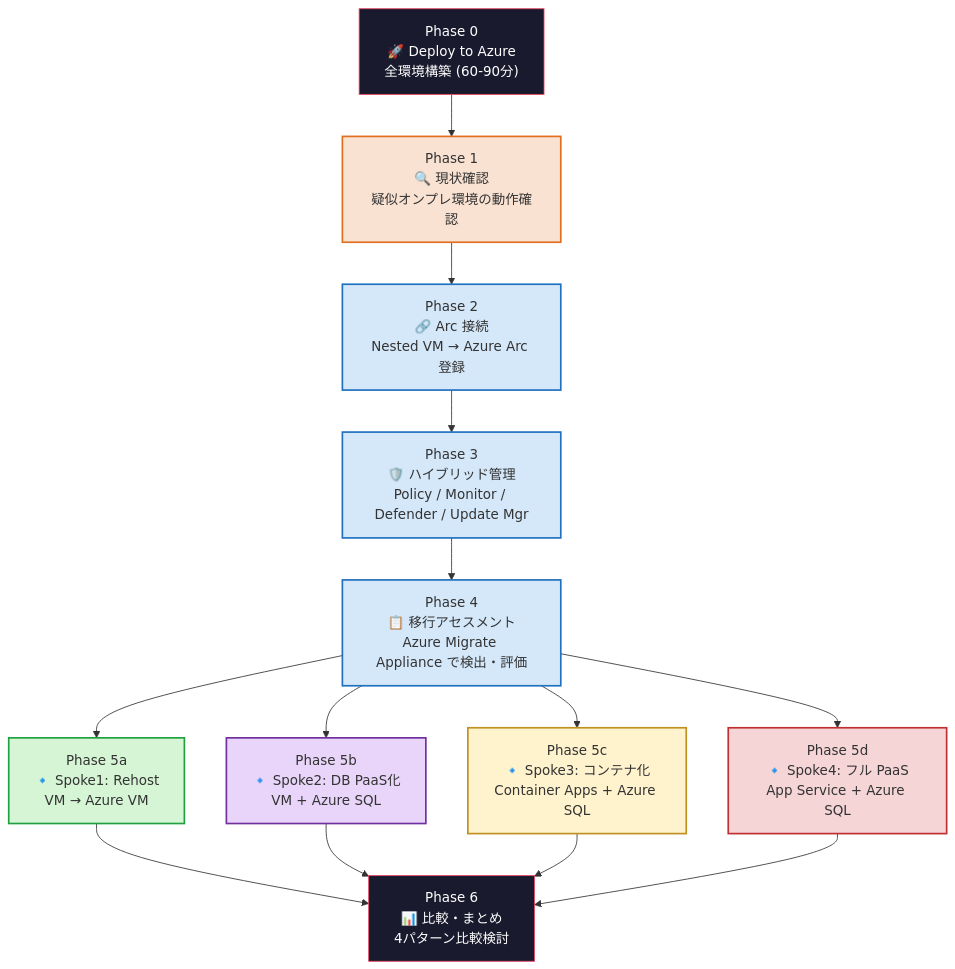
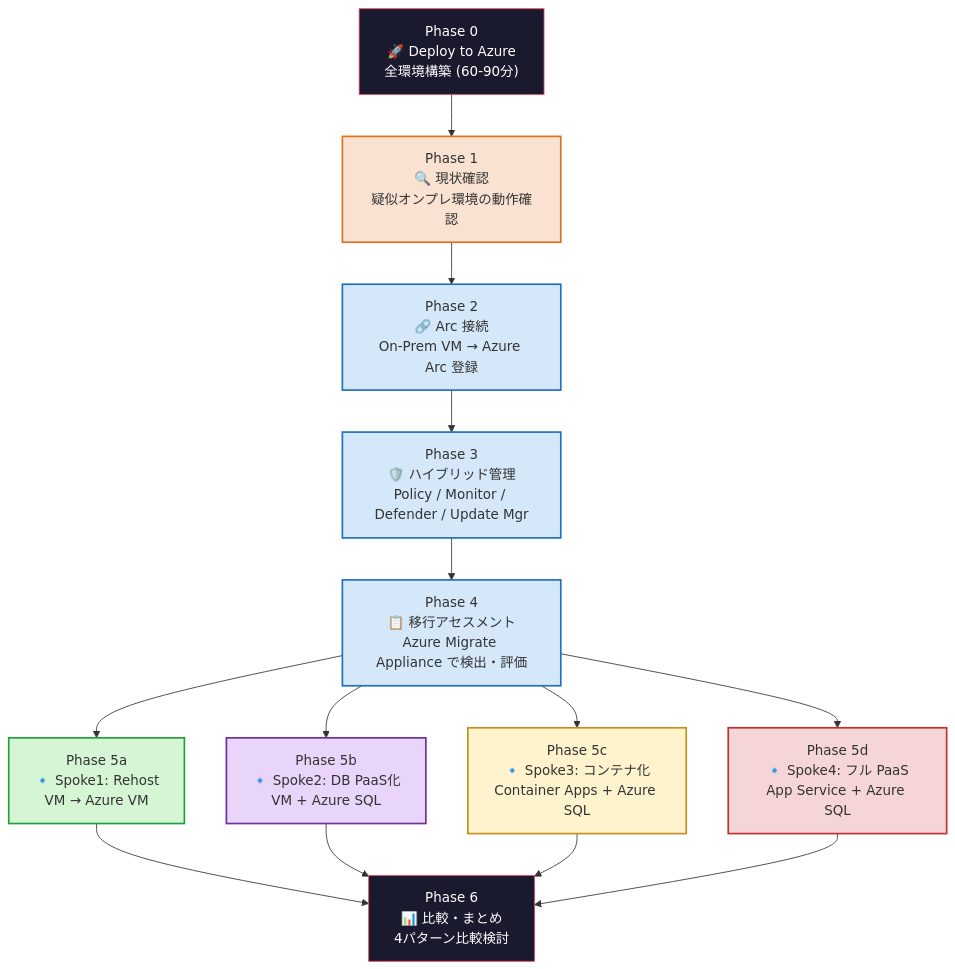
One commit to ylearning86/Azure-Migration-Modernization-PoC-Handson changed the third of 3 diagrams in docs/architecture-diagrams.md. Above: the diagram before and after it, drawn with Mermaid. The commit also changed other lines of this file, not shown here.

First line of the commit message:
Revise on-premises IPs and comments in architecture diagram

````diff
--- a/docs/architecture-diagrams.md
+++ b/docs/architecture-diagrams.md
@@ -160,36 +158,36 @@
 ```mermaid
 flowchart TD
     P0["Phase 0<br/>🚀 Deploy to Azure<br/>全環境構築 (60-90分)"]
     P1["Phase 1<br/>🔍 現状確認<br/>疑似オンプレ環境の動作確認"]
-    P2["Phase 2<br/>🔗 Arc 接続<br/>Nested VM → Azure Arc 登録"]
+    P2["Phase 2<br/>🔗 Arc 接続<br/>On-Prem VM → Azure Arc 登録"]
     P3["Phase 3<br/>🛡️ ハイブリッド管理<br/>Policy / Monitor / Defender / Update Mgr"]
     P4["Phase 4<br/>📋 移行アセスメント<br/>Azure Migrate Appliance で検出・評価"]
 
     P5A["Phase 5a<br/>🔹 Spoke1: Rehost<br/>VM → Azure VM"]
     P5B["Phase 5b<br/>🔹 Spoke2: DB PaaS化<br/>VM + Azure SQL"]
     P5C["Phase 5c<br/>🔹 Spoke3: コンテナ化<br/>Container Apps + Azure SQL"]
     P5D["Phase 5d<br/>🔹 Spoke4: フル PaaS<br/>App Service + Azure SQL"]
 
     P6["Phase 6<br/>📊 比較・まとめ<br/>4パターン比較検討"]
 
     P0 --> P1 --> P2 --> P3 --> P4
     P4 --> P5A
     P4 --> P5B
     P4 --> P5C
     P4 --> P5D
     P5A --> P6
     P5B --> P6
     P5C --> P6
     P5D --> P6
 
     style P0 fill:#1a1a2e,color:#fff,stroke:#e94560
     style P1 fill:#f9e2d2,stroke:#e07020,stroke-width:2px
     style P2 fill:#d5e8f9,stroke:#2070c0,stroke-width:2px
     style P3 fill:#d5e8f9,stroke:#2070c0,stroke-width:2px
     style P4 fill:#d5e8f9,stroke:#2070c0,stroke-width:2px
     style P5A fill:#d5f5d5,stroke:#20a040,stroke-width:2px
     style P5B fill:#e8d5f9,stroke:#7030a0,stroke-width:2px
     style P5C fill:#fff3cd,stroke:#c09020,stroke-width:2px
     style P5D fill:#f5d5d5,stroke:#c03030,stroke-width:2px
     style P6 fill:#1a1a2e,color:#fff,stroke:#e94560
 ```
````
